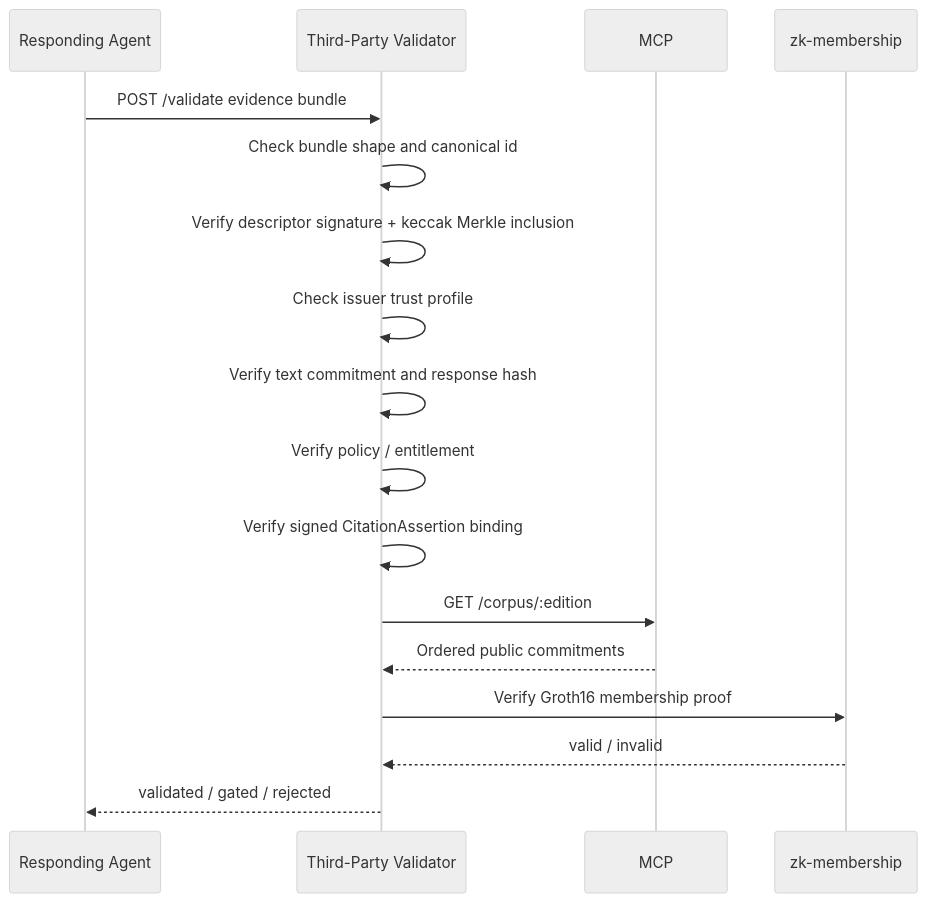
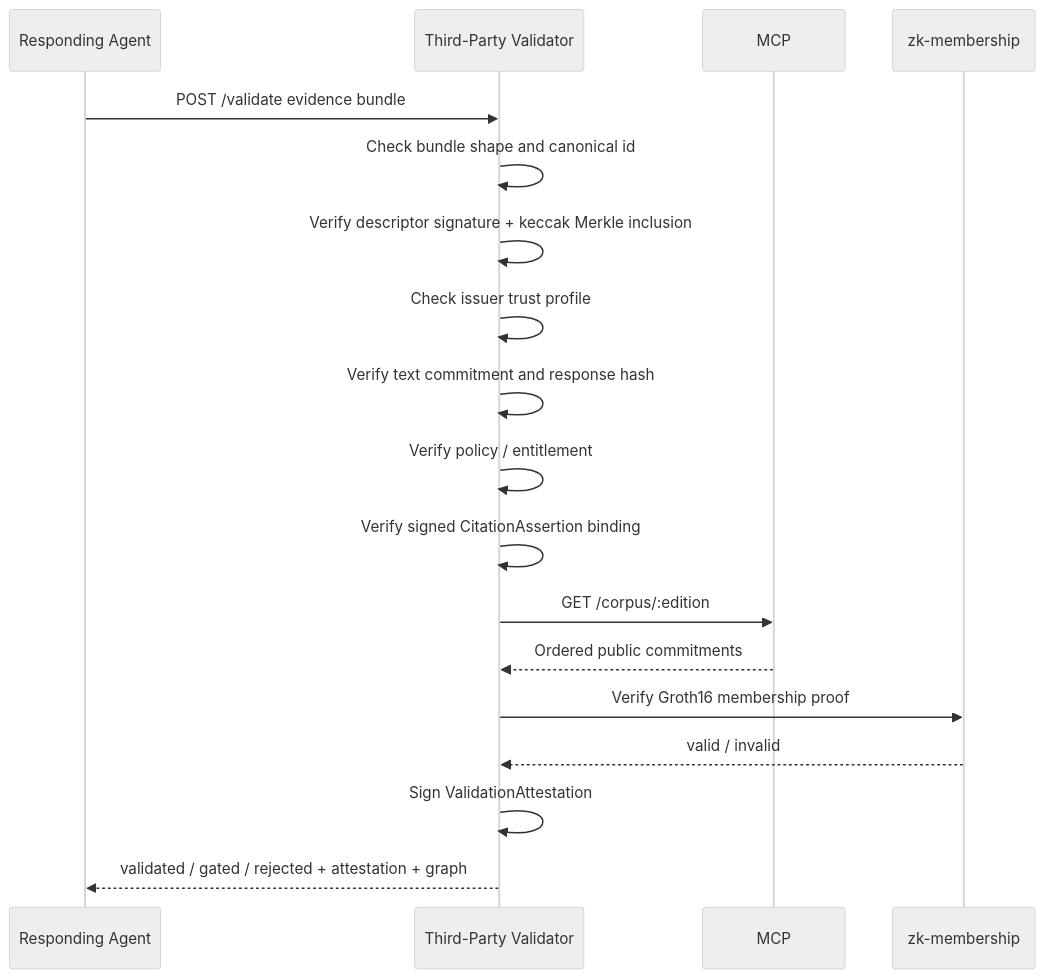
One commit to rpedersen3/verifiable-content-demo changed the fifth of 8 diagrams in documents/system-architecture.md. Above: the diagram before and after it, drawn with Mermaid (neutral theme). The commit also changed other lines of this file and 13 other files, not shown here.

````diff
--- a/documents/system-architecture.md
+++ b/documents/system-architecture.md
@@ -126,20 +192,21 @@
 ```mermaid
 sequenceDiagram
   participant Agent as Responding Agent
   participant Validator as Third-Party Validator
   participant MCP
   participant ZK as zk-membership
 
   Agent->>Validator: POST /validate evidence bundle
   Validator->>Validator: Check bundle shape and canonical id
   Validator->>Validator: Verify descriptor signature + keccak Merkle inclusion
   Validator->>Validator: Check issuer trust profile
   Validator->>Validator: Verify text commitment and response hash
   Validator->>Validator: Verify policy / entitlement
   Validator->>Validator: Verify signed CitationAssertion binding
   Validator->>MCP: GET /corpus/:edition
   MCP-->>Validator: Ordered public commitments
   Validator->>ZK: Verify Groth16 membership proof
   ZK-->>Validator: valid / invalid
-  Validator-->>Agent: validated / gated / rejected
+  Validator->>Validator: Sign ValidationAttestation
+  Validator-->>Agent: validated / gated / rejected + attestation + graph
 ```
````
